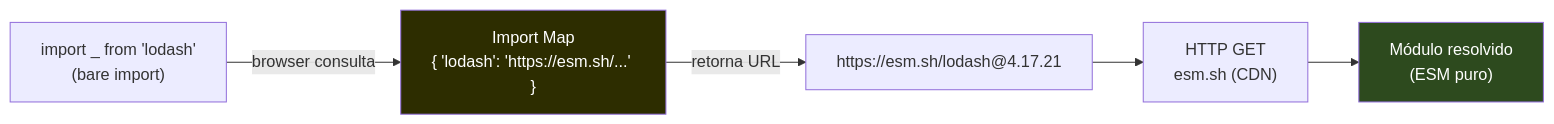
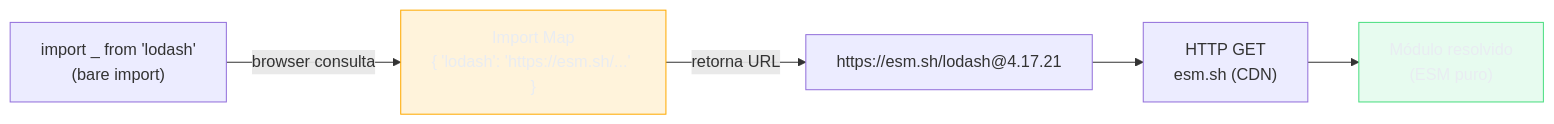
The seventh of 10 diagrams in 03-Dominios/Tecnologia/Tooling e Build/07 - O grafo de módulos e o que é bundling.md (josenaldo/codex-technomanticus), drawn with Mermaid before and after one commit. The commit also changed other lines of this file and 1181 other files, not shown here.

First line of the commit message:
fix(diagramas): paleta do sistema no lugar de cor cravada no markdown

````diff
--- a/03-Dominios/Tecnologia/Tooling e Build/07 - O grafo de módulos e o que é bundling.md
+++ b/03-Dominios/Tecnologia/Tooling e Build/07 - O grafo de módulos e o que é bundling.md
@@ -642,15 +651,17 @@
 ```mermaid
 flowchart LR
+    classDef destaque fill:#FFAA0024,stroke:#FFAA00,color:#E9ECF2
+    classDef ok fill:#4ADE8021,stroke:#4ADE80,color:#E9ECF2
     CODE["import _ from 'lodash'\n(bare import)"]
     MAP["Import Map\n{ 'lodash': 'https://esm.sh/...' }"]
     URL["https://esm.sh/lodash@4.17.21"]
     NET["HTTP GET\nesm.sh (CDN)"]
     MOD["Módulo resolvido\n(ESM puro)"]
 
     CODE -->|"browser consulta"| MAP
     MAP -->|"retorna URL"| URL
     URL --> NET --> MOD
 
-    style MAP fill:#2d2d00,color:#fff
-    style MOD fill:#2d4a1e,color:#fff
+    class MAP destaque
+    class MOD ok
 ```
````
